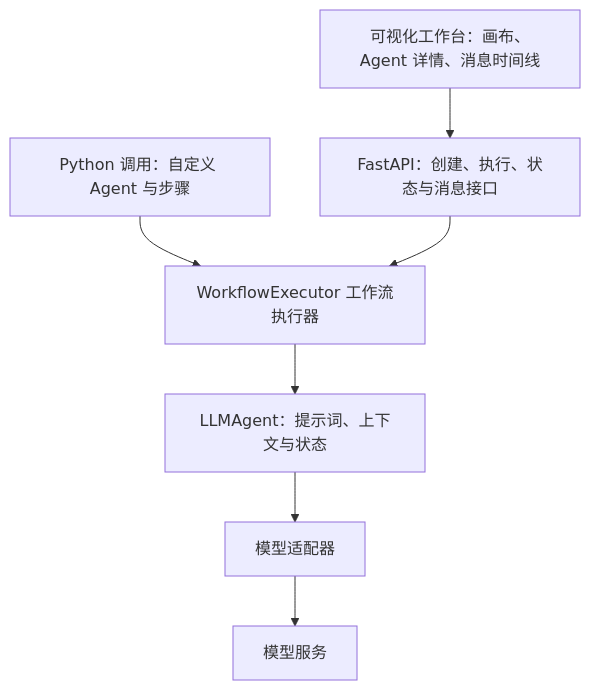
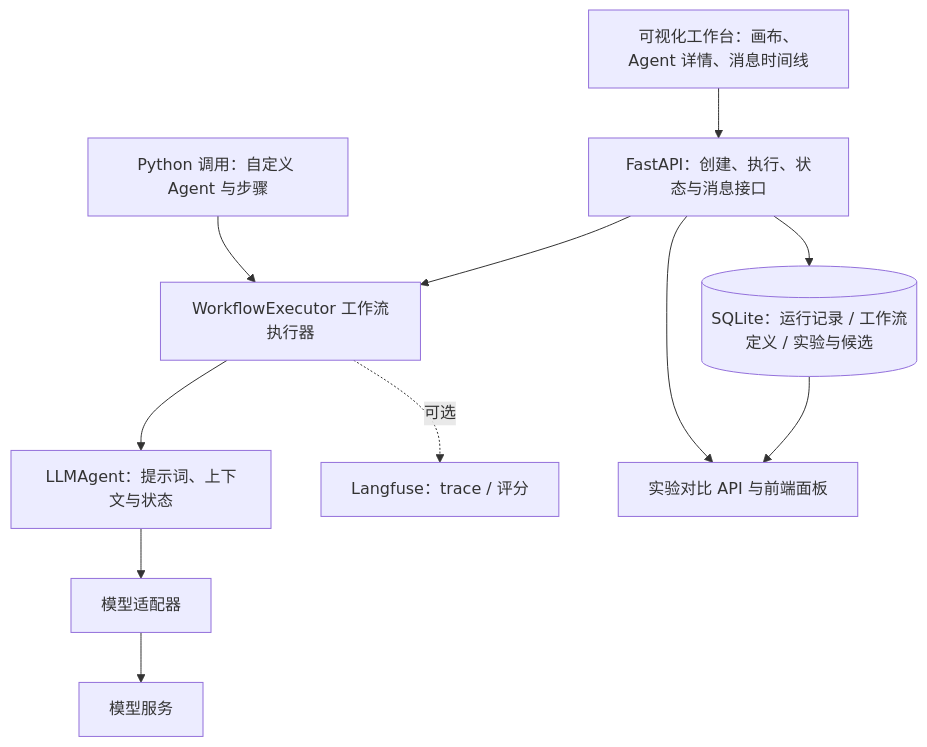
The diagram in README.md (yezhi-0430/AgentFlow), drawn with Mermaid before and after one commit. The commit also changed other lines of this file, not shown here.

````diff
--- a/README.md
+++ b/README.md
@@ -70,9 +102,13 @@
 ```mermaid
 flowchart TD
     UI[可视化工作台：画布、Agent 详情、消息时间线] --> API[FastAPI：创建、执行、状态与消息接口]
     PY[Python 调用：自定义 Agent 与步骤] --> ENGINE[WorkflowExecutor 工作流执行器]
     API --> ENGINE
+    API --> STORE[(SQLite：运行记录 / 工作流定义 / 实验与候选)]
     ENGINE --> AGENT[LLMAgent：提示词、上下文与状态]
     AGENT --> ADAPTER[模型适配器]
     ADAPTER --> MODEL[模型服务]
+    ENGINE -. 可选 .-> LANGFUSE[Langfuse：trace / 评分]
+    API --> EXPERIMENTS[实验对比 API 与前端面板]
+    STORE --> EXPERIMENTS
 ```
````
